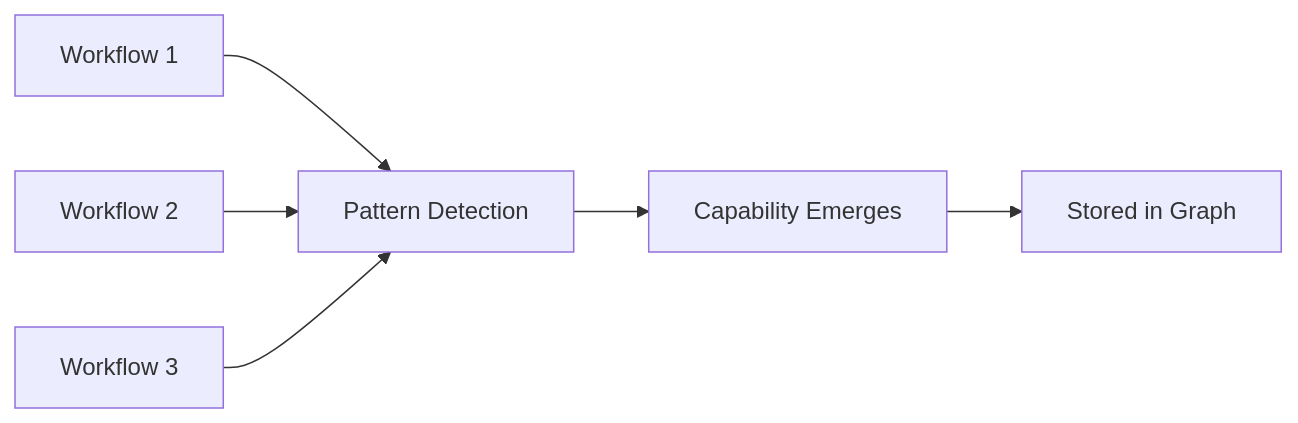
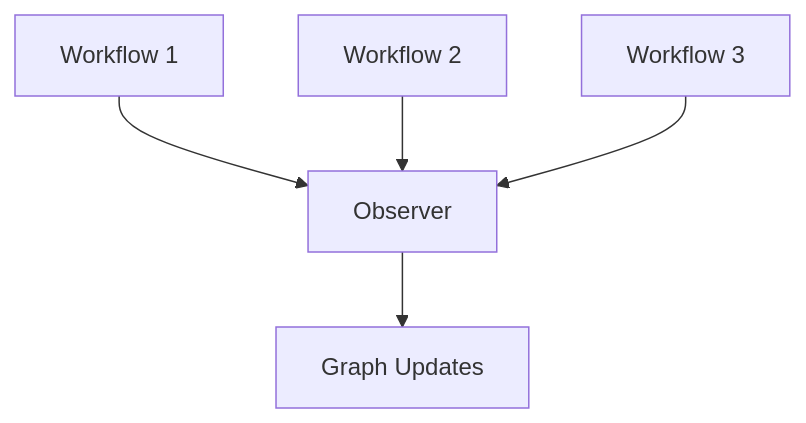
The second of 5 diagrams in src/web/posts/2025-12-18-emergent-capabilities.md (Casys-AI/casys-pml), drawn with Mermaid before and after one commit. The commit also changed other lines of this file, not shown here.

````diff
--- a/src/web/posts/2025-12-18-emergent-capabilities.md
+++ b/src/web/posts/2025-12-18-emergent-capabilities.md
@@ -51,8 +52,7 @@
 ```mermaid
-graph LR
-    W1[Workflow 1] --> P[Pattern Detection]
-    W2[Workflow 2] --> P
-    W3[Workflow 3] --> P
-    P --> C[Capability Emerges]
-    C --> S[Stored in Graph]
+graph TD
+    W1[Workflow 1] --> O[Observer]
+    W2[Workflow 2] --> O
+    W3[Workflow 3] --> O
+    O --> G[Graph Updates]
 ```
````
